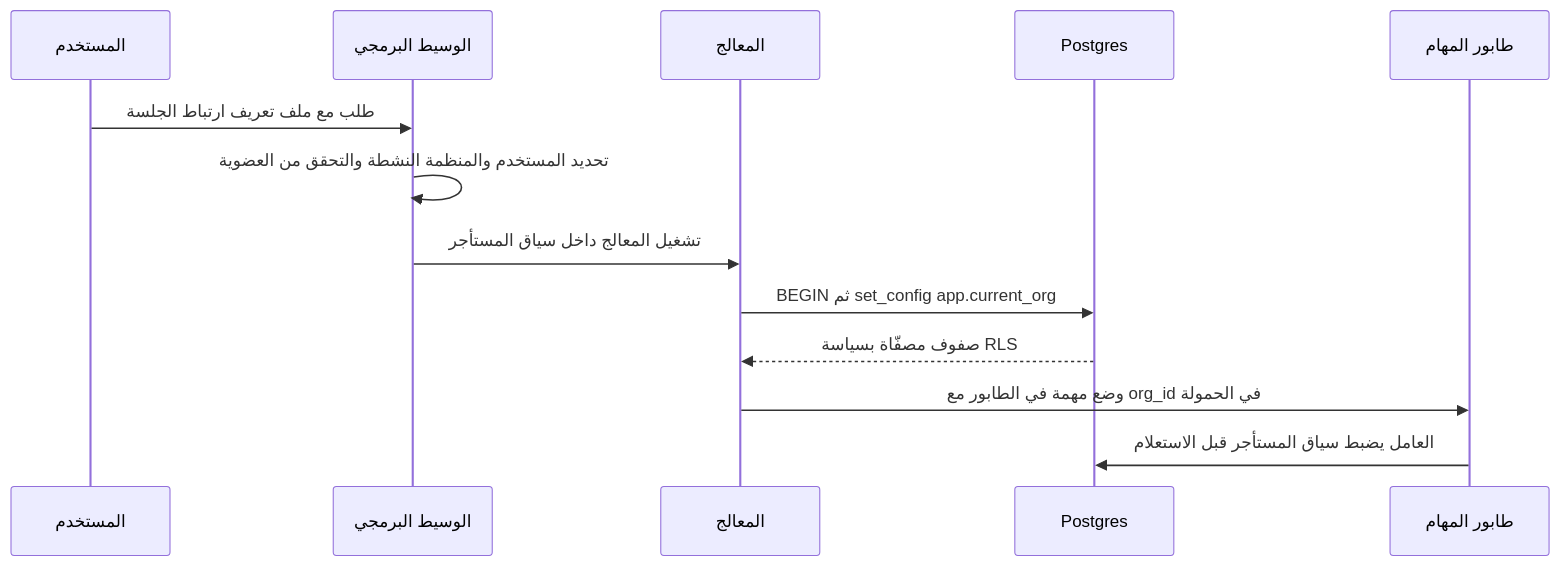
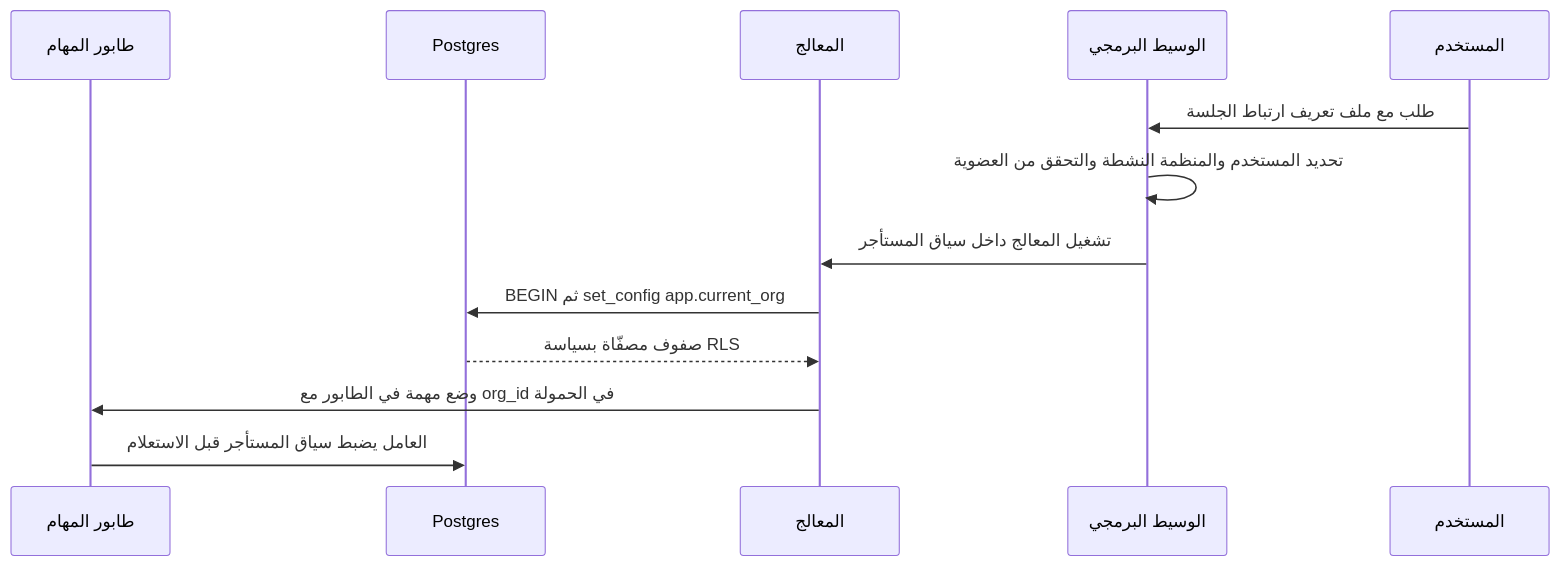
The eighth of 9 diagrams in saas/modules/02-data.ar.md (Tamoura/system-design-for-vibe-coders), drawn with Mermaid before and after one commit. The commit also changed other lines of this file and 31 other files, not shown here.

First line of the commit message:
Arabic editions: diagrams flow right to left

````diff
--- a/saas/modules/02-data.ar.md
+++ b/saas/modules/02-data.ar.md
@@ -903,15 +903,15 @@
 ```mermaid
 sequenceDiagram
+    participant Q as طابور المهام
+    participant D as Postgres
+    participant H as المعالج
+    participant M as الوسيط البرمجي
     participant U as المستخدم
-    participant M as الوسيط البرمجي
-    participant H as المعالج
-    participant D as Postgres
-    participant Q as طابور المهام
     U->>M: طلب مع ملف تعريف ارتباط الجلسة
     M->>M: تحديد المستخدم والمنظمة النشطة والتحقق من العضوية
     M->>H: تشغيل المعالج داخل سياق المستأجر
     H->>D: BEGIN ثم set_config app.current_org
     D-->>H: صفوف مصفّاة بسياسة RLS
     H->>Q: وضع مهمة في الطابور مع org_id في الحمولة
     Q->>D: العامل يضبط سياق المستأجر قبل الاستعلام
 ```
````
